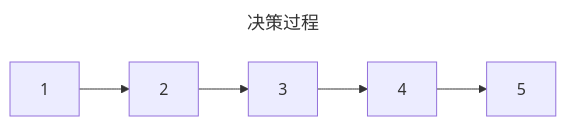
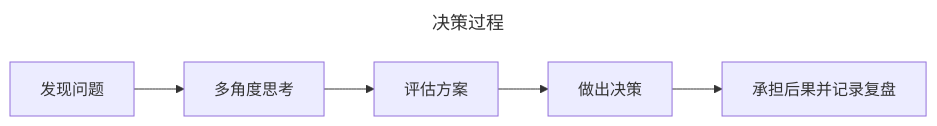
One commit to seamasyang/docs-public changed the diagram in docs/2609 1号位思维/part-01-激活自己.md. Above: the diagram before and after it, drawn with Mermaid. The commit also changed other lines of this file, not shown here.

````diff
--- a/docs/2609 1号位思维/part-01-激活自己.md
+++ b/docs/2609 1号位思维/part-01-激活自己.md
@@ -32,10 +30,10 @@
 ```mermaid
 ---
 title: 决策过程
 ---
 flowchart LR
-	A[1] --> B[2] 
-    B --> C[3] 
-    C --> D[4] 
-    D--> E[5]
+	A[发现问题] --> B[多角度思考] 
+    B --> C[评估方案] 
+    C --> D[做出决策] 
+    D --> E[承担后果并记录复盘]
 ```
````
